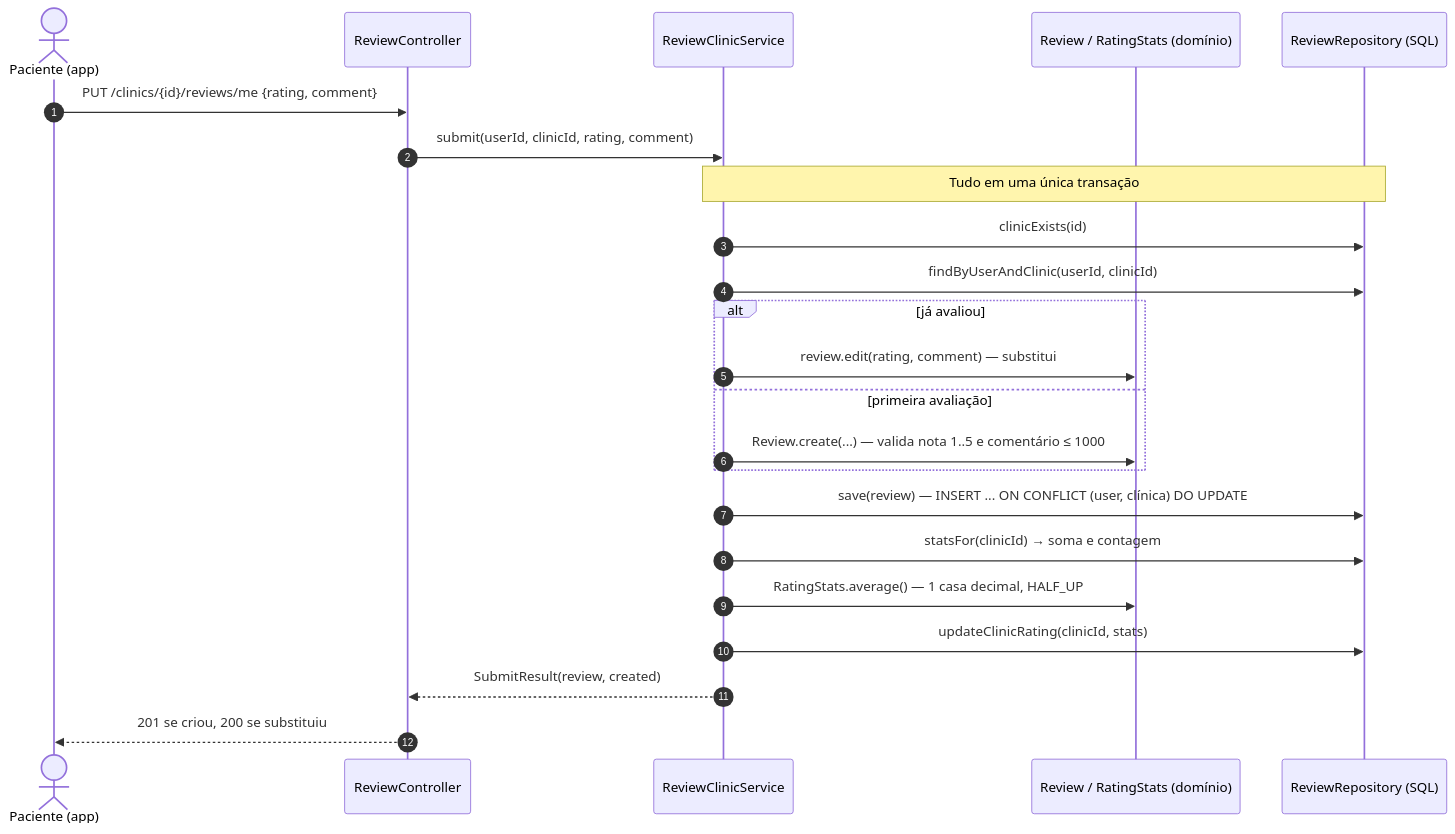
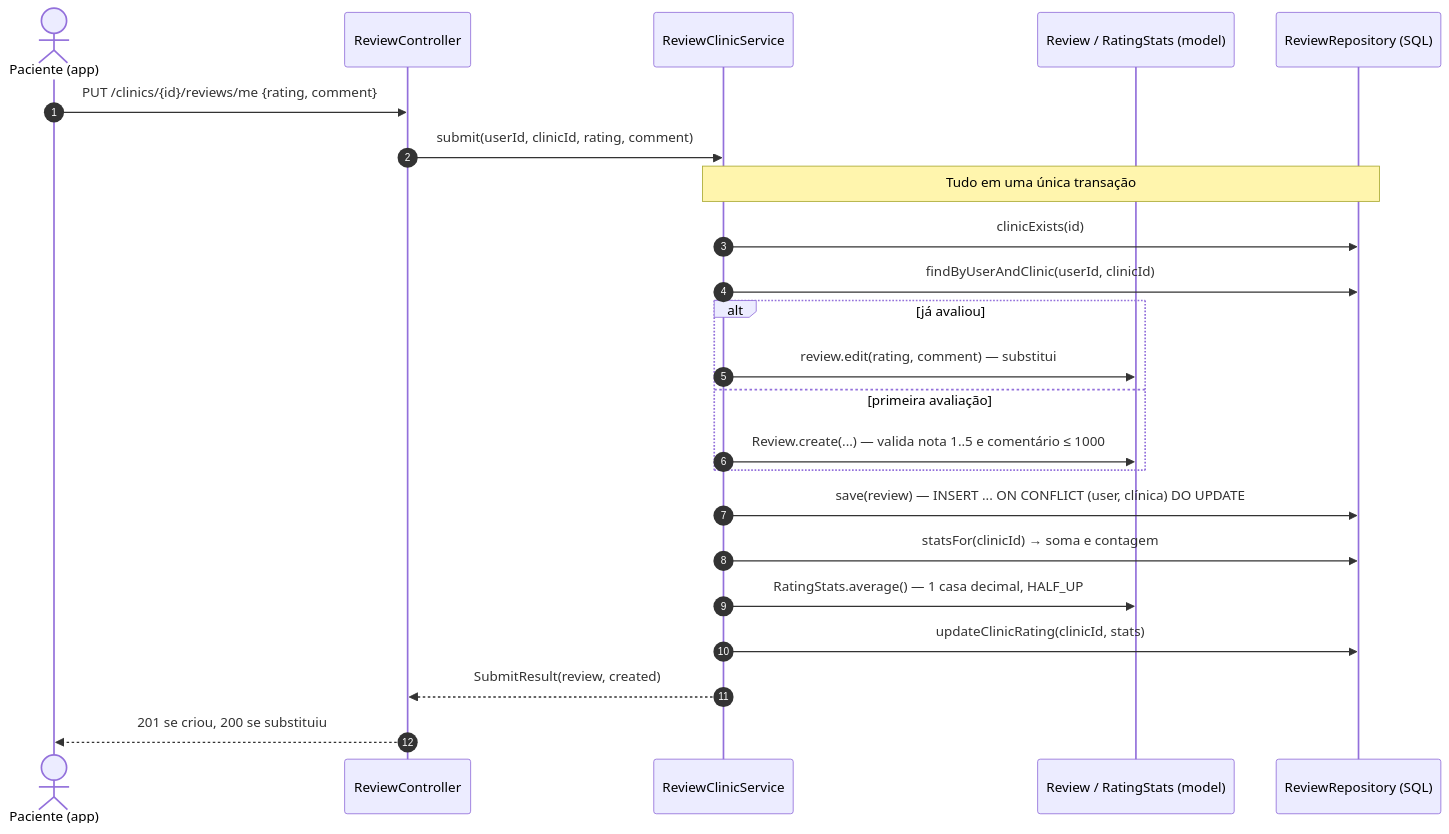
The sixth of 7 diagrams in docs/08-diagramas-de-sequencia.md (MarcioFerreiraL/clinics-backend), drawn with Mermaid before and after one commit. The commit also changed other lines of this file and 1 other file, not shown here.

First line of the commit message:
docs: arquitetura em camadas e diagramas atualizados

````diff
--- a/docs/08-diagramas-de-sequencia.md
+++ b/docs/08-diagramas-de-sequencia.md
@@ -142,26 +153,26 @@
 ```mermaid
 sequenceDiagram
     autonumber
     actor P as Paciente (app)
     participant C as ReviewController
     participant S as ReviewClinicService
-    participant D as Review / RatingStats (domínio)
+    participant D as Review / RatingStats (model)
     participant R as ReviewRepository (SQL)
 
     P->>C: PUT /clinics/{id}/reviews/me {rating, comment}
     C->>S: submit(userId, clinicId, rating, comment)
     Note over S,R: Tudo em uma única transação
     S->>R: clinicExists(id)
     S->>R: findByUserAndClinic(userId, clinicId)
     alt já avaliou
         S->>D: review.edit(rating, comment) — substitui
     else primeira avaliação
         S->>D: Review.create(...) — valida nota 1..5 e comentário ≤ 1000
     end
     S->>R: save(review) — INSERT ... ON CONFLICT (user, clínica) DO UPDATE
     S->>R: statsFor(clinicId) → soma e contagem
     S->>D: RatingStats.average() — 1 casa decimal, HALF_UP
     S->>R: updateClinicRating(clinicId, stats)
     S-->>C: SubmitResult(review, created)
     C-->>P: 201 se criou, 200 se substituiu
 ```
````
